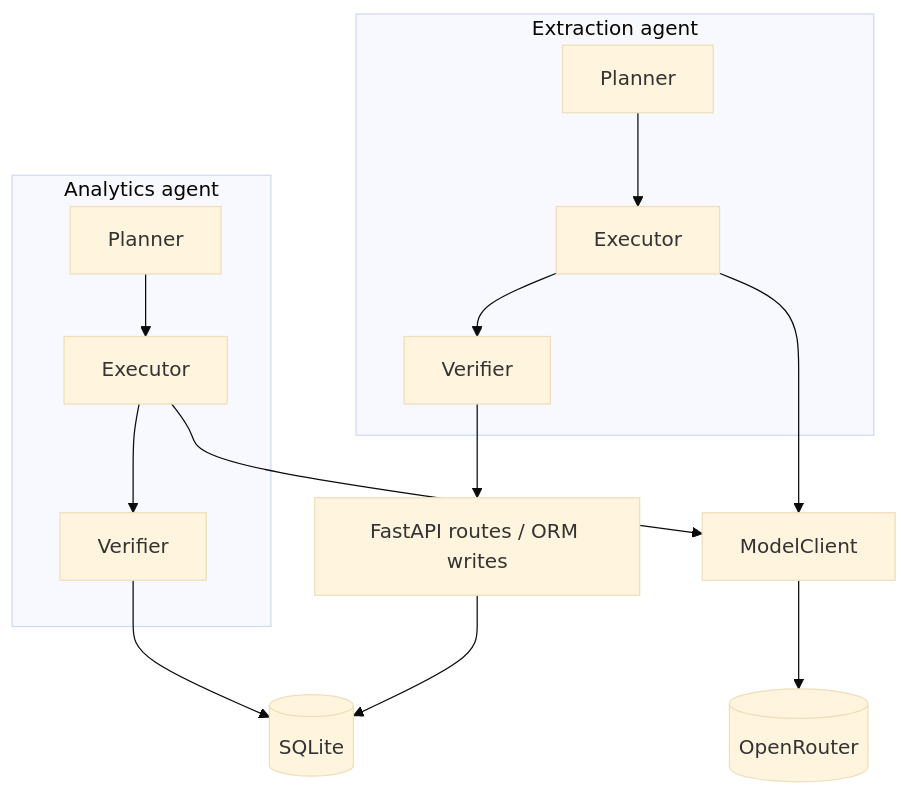
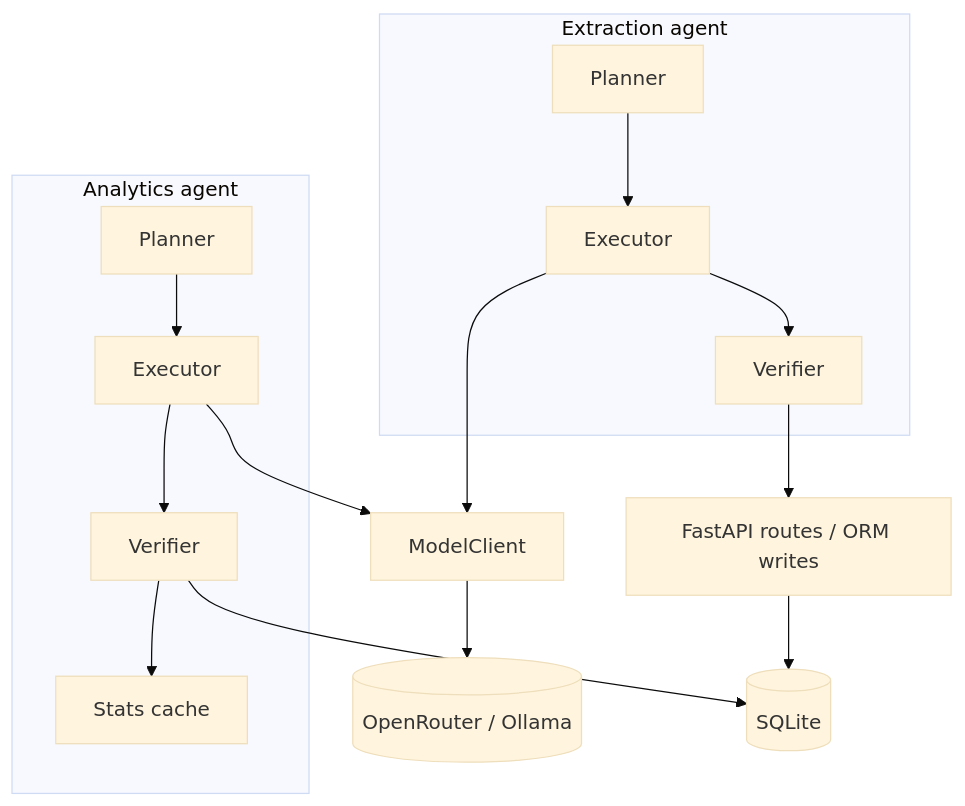
The diagram in README.md (arpan1221/freightmind), drawn with Mermaid (base theme) before and after one commit. The commit also changed other lines of this file and 1 other file, not shown here.

````diff
--- a/README.md
+++ b/README.md
@@ -9,24 +9,26 @@
 ```mermaid
 flowchart TB
   subgraph Analytics["Analytics agent"]
     AP[Planner]
     AE[Executor]
     AV[Verifier]
+    SC[Stats cache]
     AP --> AE --> AV
+    AV --> SC
   end
   subgraph Extraction["Extraction agent"]
     XP[Planner]
     XE[Executor]
     XV[Verifier]
     XP --> XE --> XV
   end
   MC[ModelClient]
-  OR[(OpenRouter)]
+  OR[(OpenRouter / Ollama)]
   DB[(SQLite)]
   AE --> MC
   XE --> MC
   MC --> OR
   AV --> DB
   XV --> API[FastAPI routes / ORM writes]
   API --> DB
 ```
````
